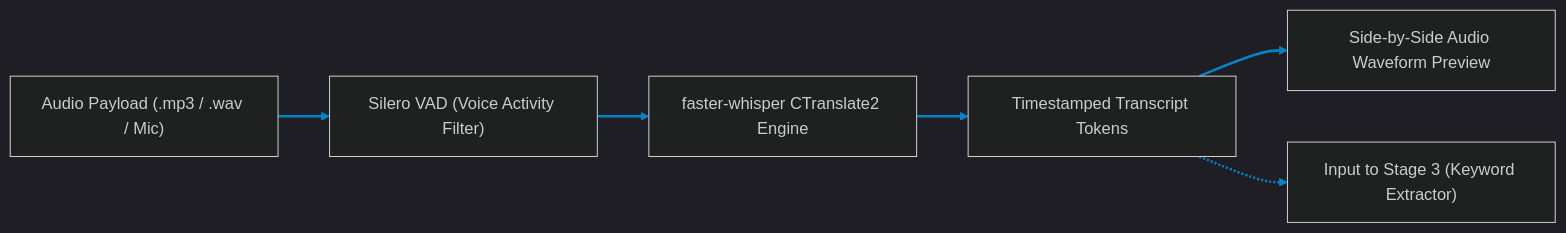
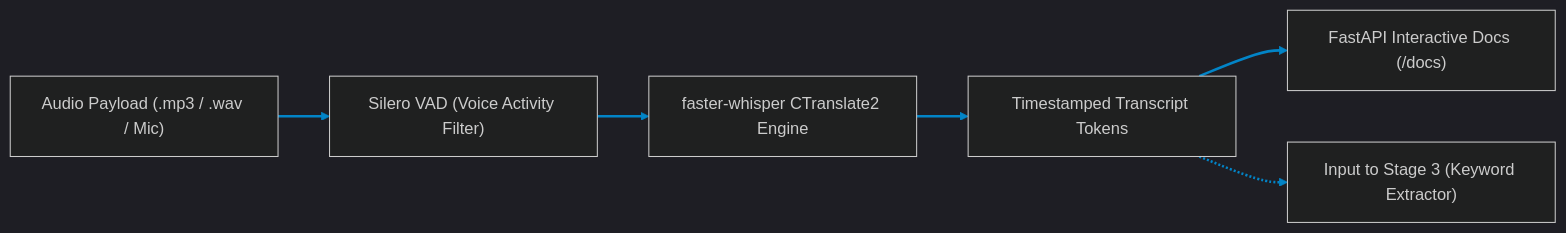
The diagram in 02_MP3_to_Text/README.md (Babin123456/Nativox), drawn with Mermaid (dark theme) before and after one commit. The commit also changed other lines of this file and 7 other files, not shown here.

````diff
--- a/02_MP3_to_Text/README.md
+++ b/02_MP3_to_Text/README.md
@@ -136,10 +136,10 @@
 ```mermaid
 graph LR
     A["Audio Payload (.mp3 / .wav / Mic)"] --> B["Silero VAD (Voice Activity Filter)"]
     B --> C["faster-whisper CTranslate2 Engine"]
     C --> D["Timestamped Transcript Tokens"]
-    D --> E["Side-by-Side Audio Waveform Preview"]
+    D --> E["FastAPI Interactive Docs (/docs)"]
     D -.-> F["Input to Stage 3 (Keyword Extractor)"]
 
     linkStyle default stroke:#0284C7,stroke-width:2.5px;
 ```
````
